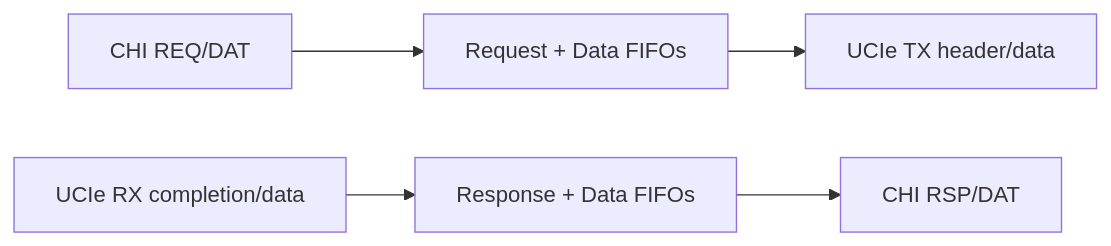
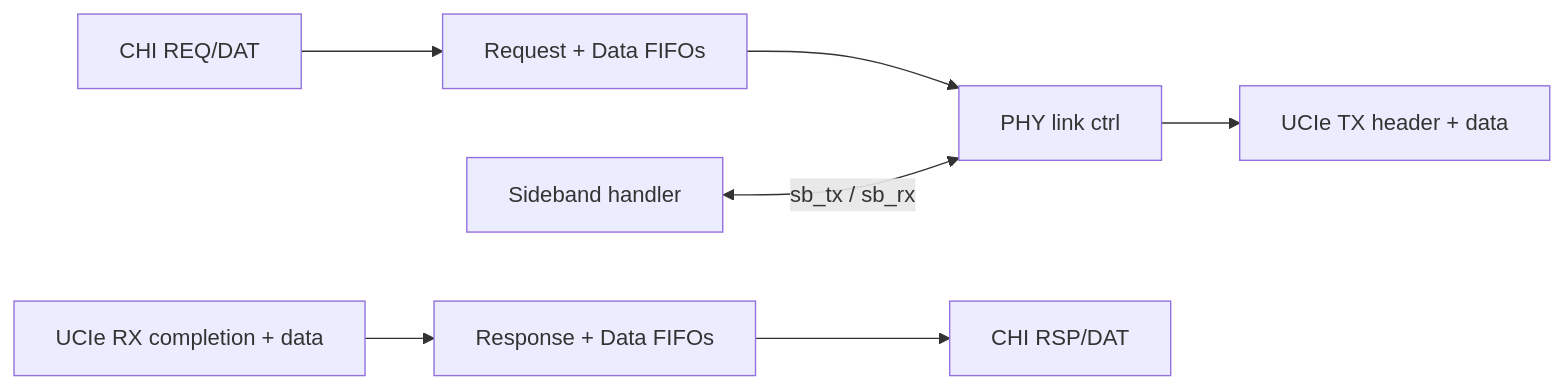
The diagram in README.md (markrthomas/chi-to-ucie-bridge), drawn with Mermaid before and after one commit. The commit also changed other lines of this file and 3 other files, not shown here.

````diff
--- a/README.md
+++ b/README.md
@@ -18,7 +22,9 @@
 ```mermaid
 graph LR
     CHI_REQ[CHI REQ/DAT] --> REQ_FIFO[Request + Data FIFOs]
-    REQ_FIFO --> UCIE_TX[UCIe TX header/data]
-    UCIE_RX[UCIe RX completion/data] --> RSP_FIFO[Response + Data FIFOs]
+    REQ_FIFO --> PHY[PHY link ctrl]
+    PHY --> UCIE_TX[UCIe TX header + data]
+    SB[Sideband handler] <-->|sb_tx / sb_rx| PHY
+    UCIE_RX[UCIe RX completion + data] --> RSP_FIFO[Response + Data FIFOs]
     RSP_FIFO --> CHI_RSP[CHI RSP/DAT]
 ```
````
